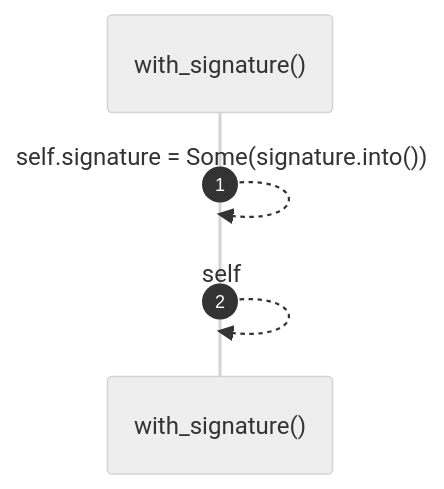
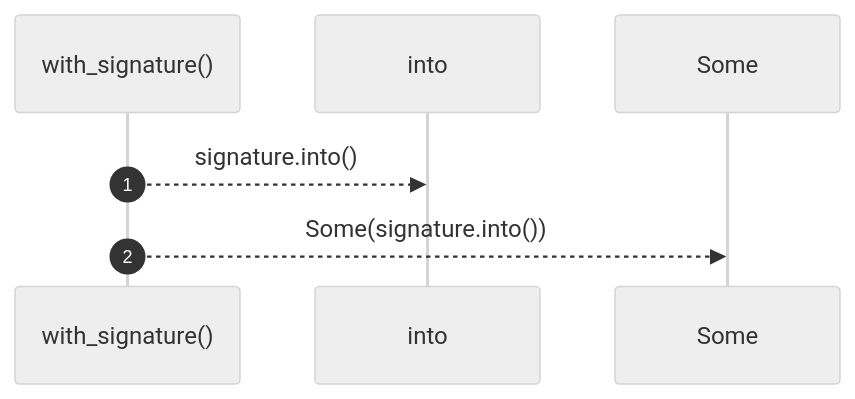
Before and after one commit to RyanGuild/self-describing-code: the seventh of 8 diagrams in docs/self-model/robby_ir/model/impl-node.md, drawn with Mermaid (neutral theme). The commit also changed other lines of this file and 1404 other files, not shown here.

````diff
--- a/docs/self-model/robby_ir/model/impl-node.md
+++ b/docs/self-model/robby_ir/model/impl-node.md
@@ -228,7 +312,9 @@
 ```mermaid
 sequenceDiagram
     autonumber
     participant with_signature as with_signature()
-    with_signature-->>with_signature: self.signature = Some(signature.into())
-    with_signature-->>with_signature: self
+    participant into as into
+    participant Some as Some
+    with_signature-->>into: signature.into()
+    with_signature-->>Some: Some(signature.into())
 ```
````
